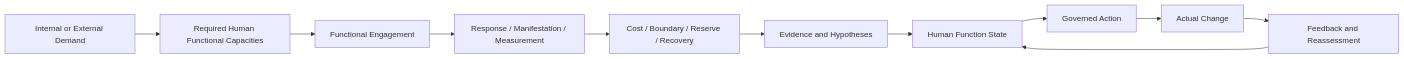
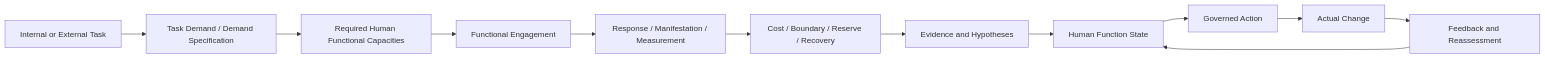
The diagram in README.md (dlehche/MoveTips-Unified-Functional-Ontology), drawn with Mermaid before and after one commit. The commit also changed other lines of this file, not shown here.

Commit message:
Audit UOHF homepage for capacity preprint and task-demand chain

````diff
--- a/README.md
+++ b/README.md
@@ -88,13 +86,14 @@
 ```mermaid
 flowchart LR
-    D[Internal or External Demand] --> RC[Required Human Functional Capacities]
+    T[Internal or External Task] --> D[Task Demand / Demand Specification]
+    D --> RC[Required Human Functional Capacities]
     RC --> FE[Functional Engagement]
     FE --> R[Response / Manifestation / Measurement]
     R --> C[Cost / Boundary / Reserve / Recovery]
     C --> E[Evidence and Hypotheses]
     E --> S[Human Function State]
     S --> A[Governed Action]
     A --> CH[Actual Change]
     CH --> FB[Feedback and Reassessment]
     FB --> S
 ```
````
